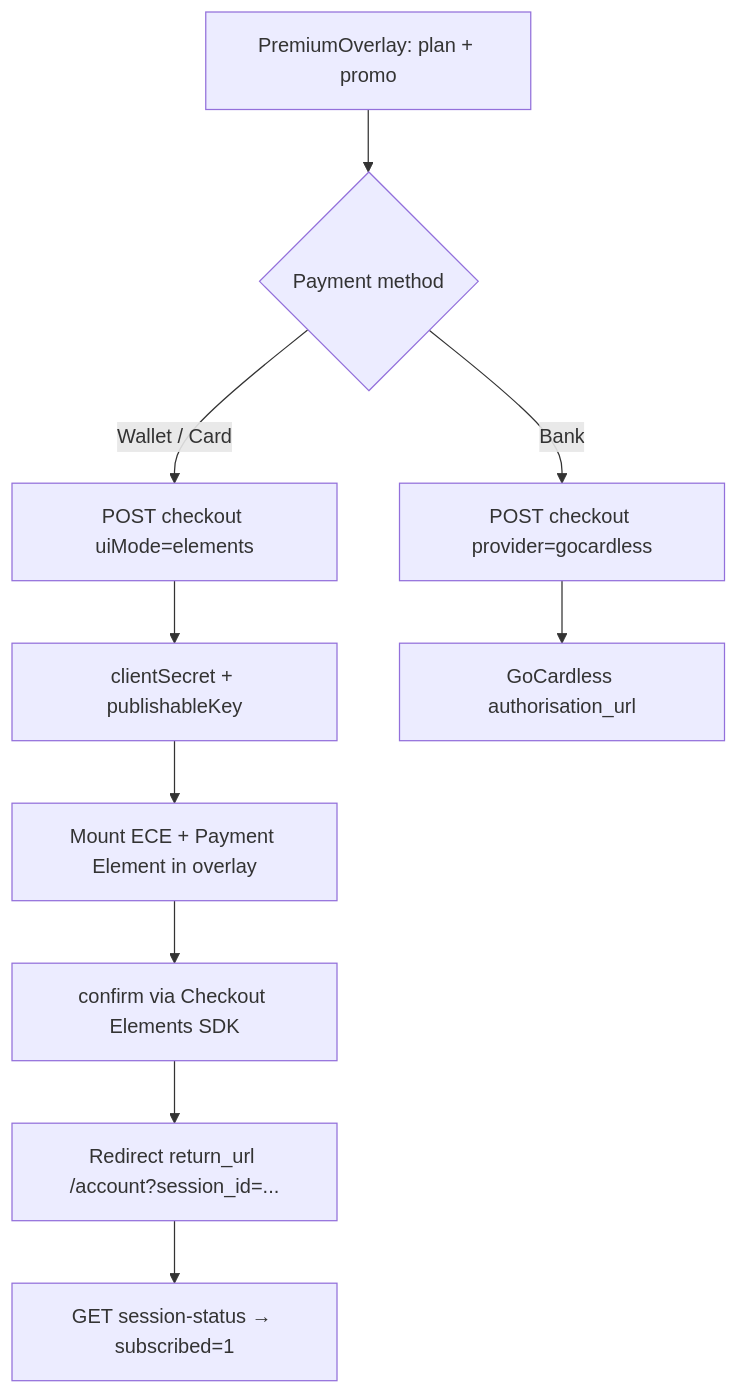
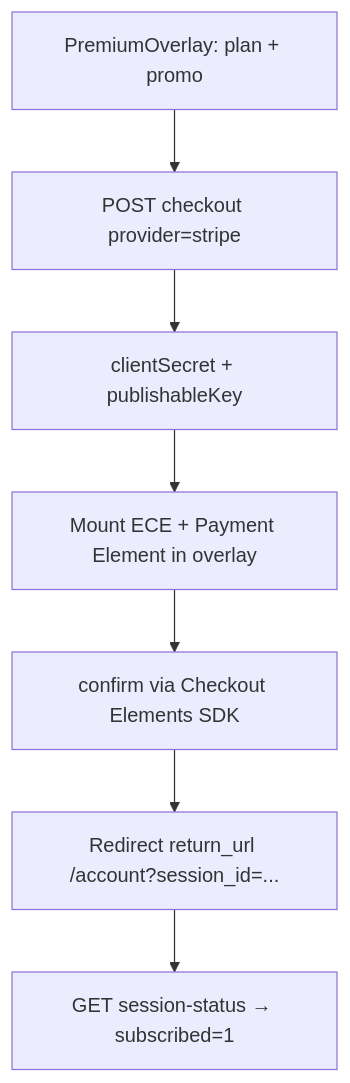
One commit to tojemoc/vmp changed the diagram in docs/stripe-express-checkout-investigation.md. Above: the diagram before and after it, drawn with Mermaid. The commit also changed other lines of this file and 22 other files, not shown here.

First line of the commit message:
chore: remove GoCardless integration (Stripe-only payments) (#373)

````diff
--- a/docs/stripe-express-checkout-investigation.md
+++ b/docs/stripe-express-checkout-investigation.md
@@ -124,12 +94,9 @@
 ```mermaid
 flowchart TD
-  A[PremiumOverlay: plan + promo] --> B{Payment method}
-  B -->|Wallet / Card| C[POST checkout uiMode=elements]
-  B -->|Bank| D[POST checkout provider=gocardless]
+  A[PremiumOverlay: plan + promo] --> C[POST checkout provider=stripe]
   C --> E[clientSecret + publishableKey]
   E --> F[Mount ECE + Payment Element in overlay]
   F --> G[confirm via Checkout Elements SDK]
   G --> H[Redirect return_url /account?session_id=...]
   H --> I[GET session-status → subscribed=1]
-  D --> J[GoCardless authorisation_url]
 ```
````
